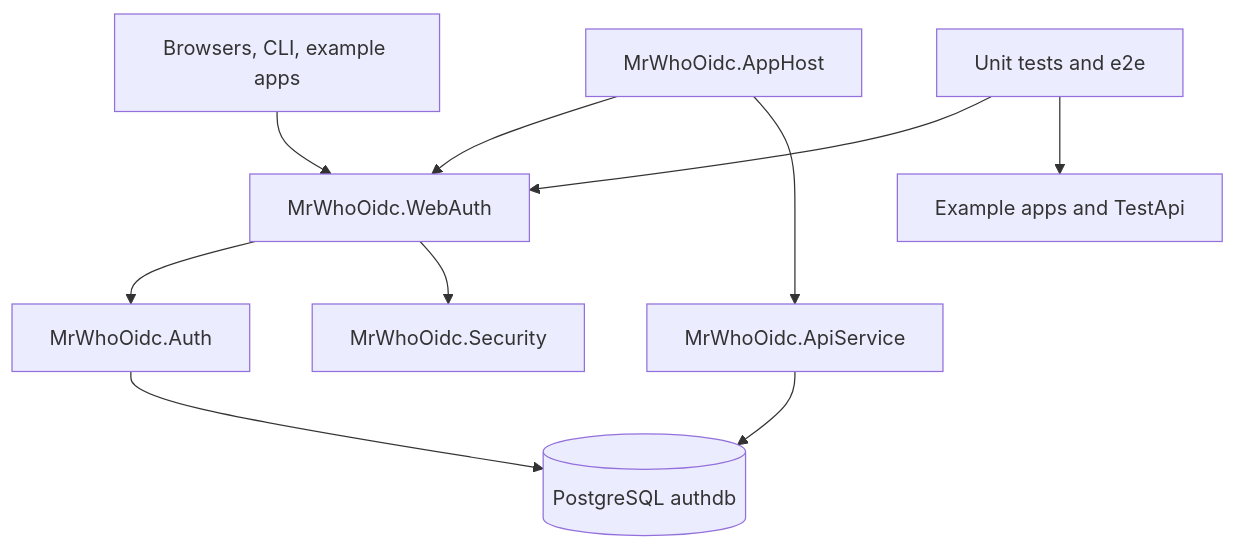
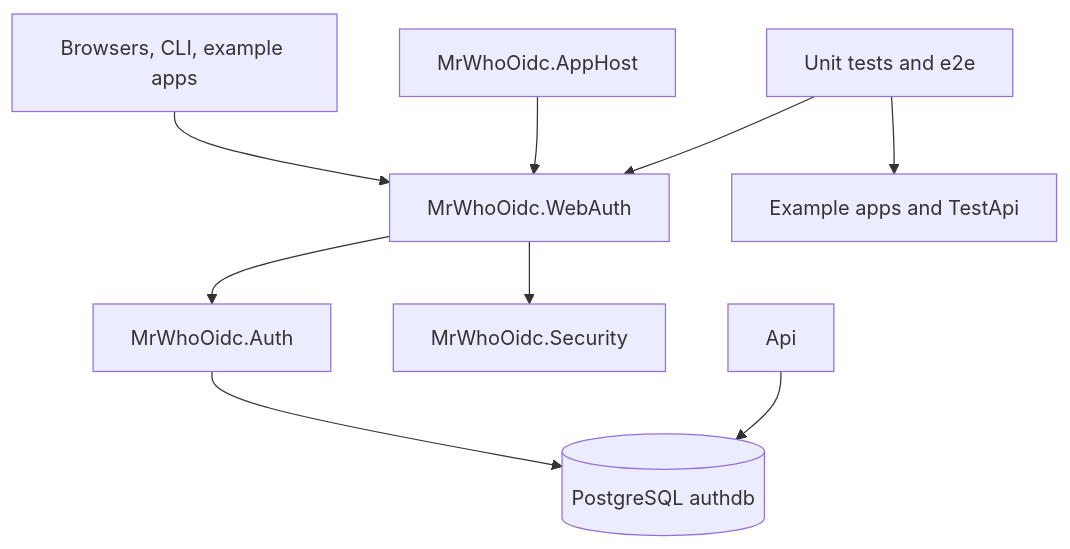
The diagram in wiki/overview.md (popicka70/MrWhoOidc), drawn with Mermaid before and after one commit. The commit also changed 20 other files, not shown here.

First line of the commit message:
chore(security): retire MrWhoOidc.ApiService (ADR-0010 phase 2, R1)

````diff
--- a/wiki/overview.md
+++ b/wiki/overview.md
@@ -21,12 +21,11 @@
 ```mermaid
 graph TD
   Clients[Browsers, CLI, example apps] --> WebAuth[MrWhoOidc.WebAuth]
   WebAuth --> Auth[MrWhoOidc.Auth]
   WebAuth --> Security[MrWhoOidc.Security]
   Auth --> Db[(PostgreSQL authdb)]
   AppHost[MrWhoOidc.AppHost] --> WebAuth
-  AppHost --> Api[MrWhoOidc.ApiService]
   Api --> Db
   Tests[Unit tests and e2e] --> WebAuth
   Tests --> Examples[Example apps and TestApi]
 ```
````
